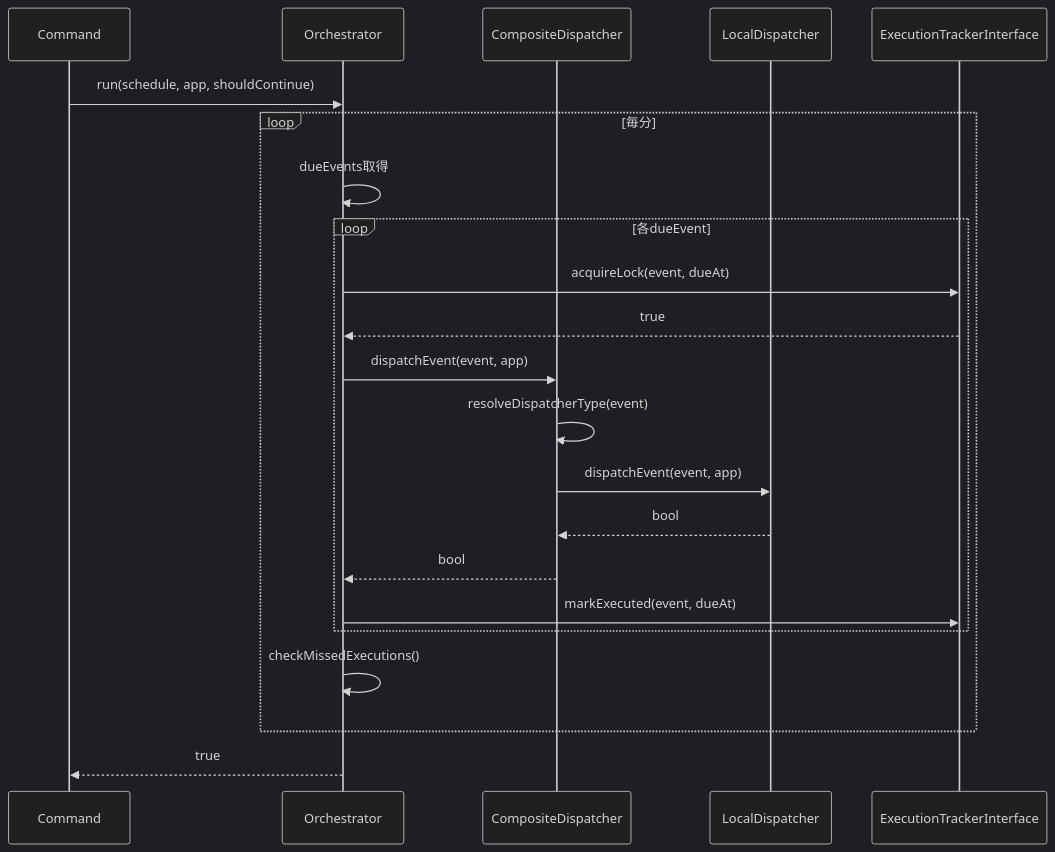
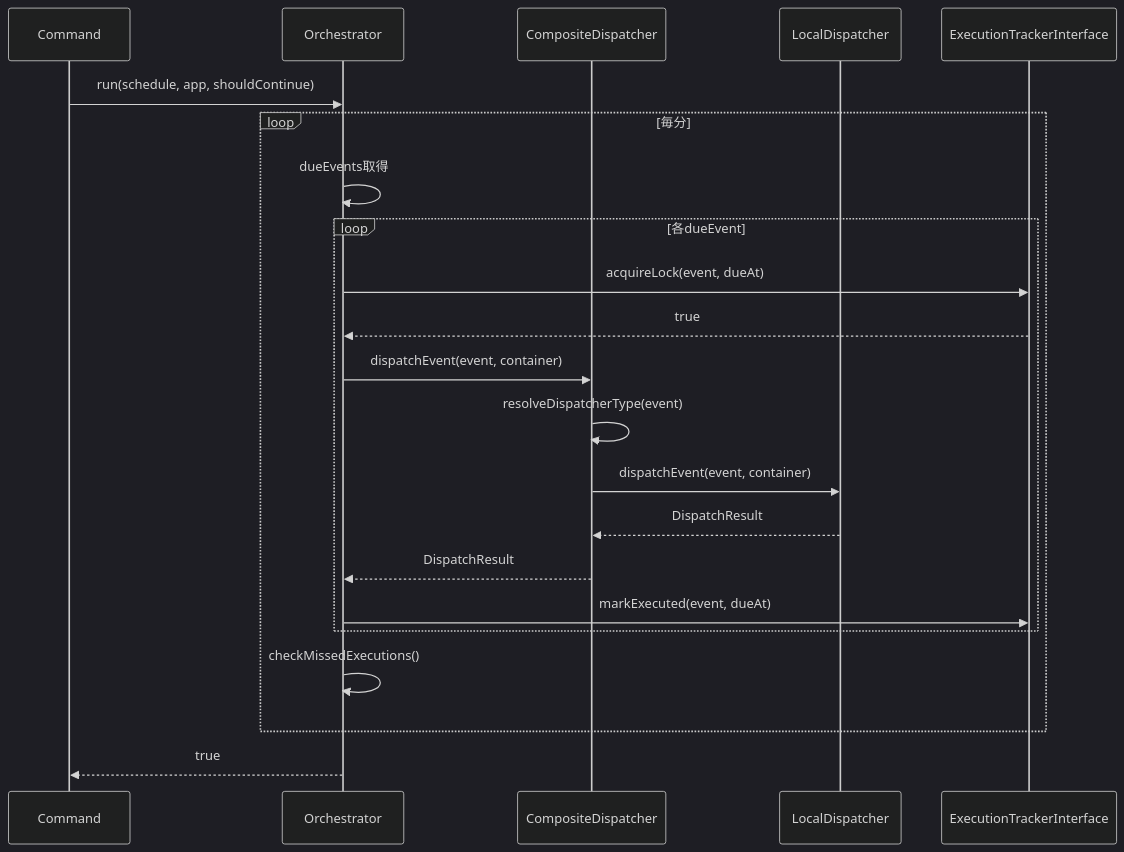
One commit to rakkofield/laravel-graceful-schedule-worker changed the second of 4 diagrams in docs/DESIGN.md. Above: the diagram before and after it, drawn with Mermaid (dark theme). The commit also changed other lines of this file, not shown here.

First line of the commit message:
docs: Update DESIGN.md for Phase 2 DispatchResult architecture

````diff
--- a/docs/DESIGN.md
+++ b/docs/DESIGN.md
@@ -298,27 +340,27 @@
 ```mermaid
 sequenceDiagram
     participant Cmd as Command
     participant Orch as Orchestrator
     participant Disp as CompositeDispatcher
     participant Local as LocalDispatcher
     participant Track as ExecutionTrackerInterface
 
     Cmd->>Orch: run(schedule, app, shouldContinue)
 
     loop 毎分
         Orch->>Orch: dueEvents取得
         loop 各dueEvent
             Orch->>Track: acquireLock(event, dueAt)
             Track-->>Orch: true
-            Orch->>Disp: dispatchEvent(event, app)
+            Orch->>Disp: dispatchEvent(event, container)
             Disp->>Disp: resolveDispatcherType(event)
-            Disp->>Local: dispatchEvent(event, app)
-            Local-->>Disp: bool
-            Disp-->>Orch: bool
+            Disp->>Local: dispatchEvent(event, container)
+            Local-->>Disp: DispatchResult
+            Disp-->>Orch: DispatchResult
             Orch->>Track: markExecuted(event, dueAt)
         end
         Orch->>Orch: checkMissedExecutions()
     end
 
     Orch-->>Cmd: true
 ```
````
